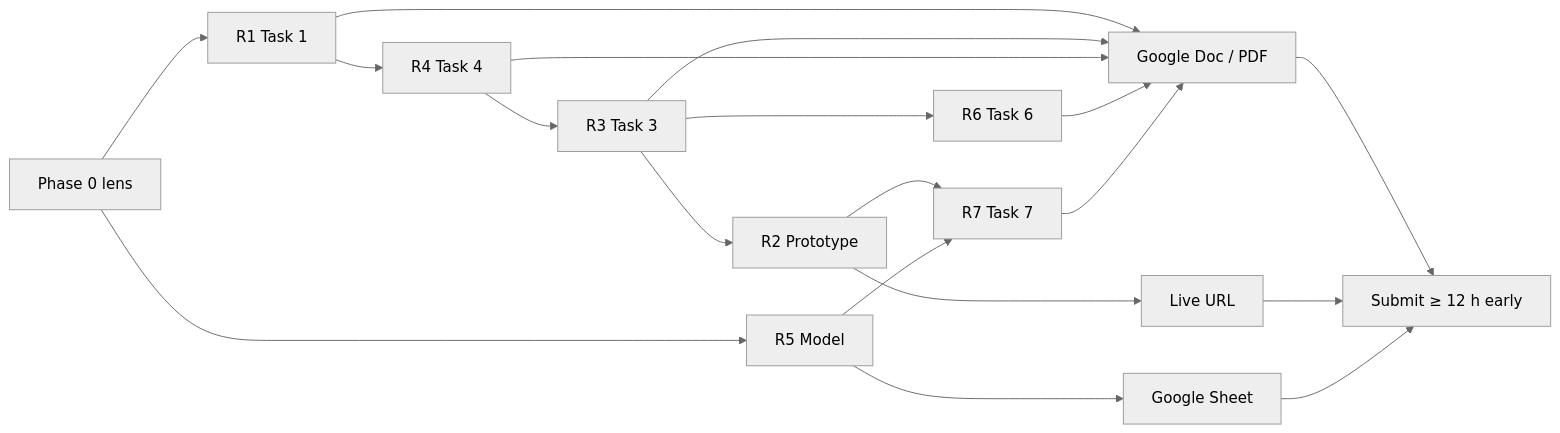
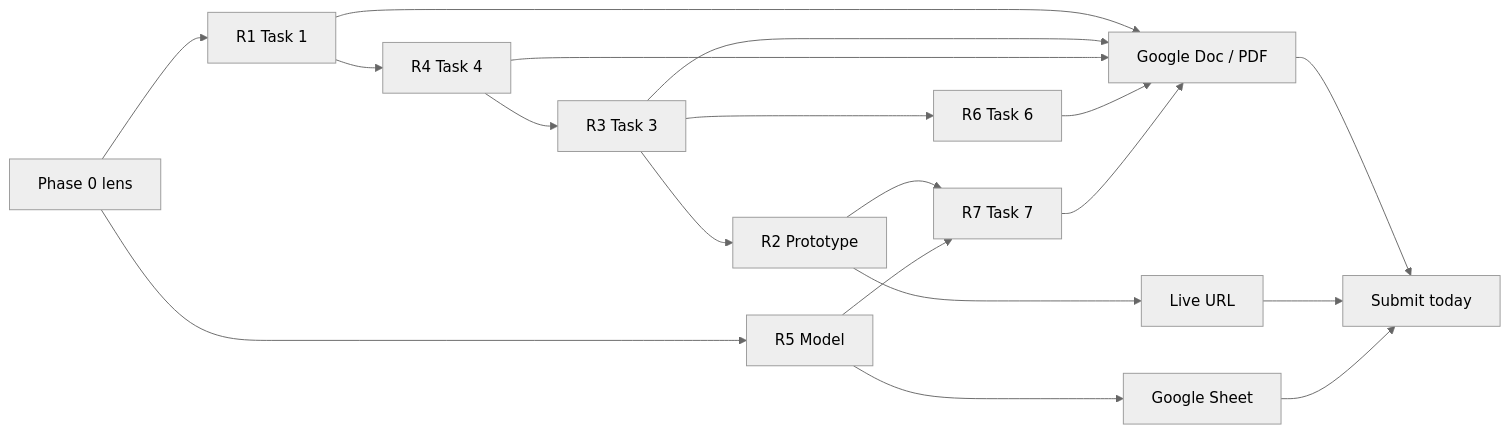
One commit to bhawnamanglapm/Franchise-in-a-Box-OS changed the seventh of 8 diagrams in docs/architecture.md. Above: the diagram before and after it, drawn with Mermaid (neutral theme). The commit also changed other lines of this file and 14 other files, not shown here.

````diff
--- a/docs/architecture.md
+++ b/docs/architecture.md
@@ -228,21 +228,21 @@
 ```mermaid
 flowchart LR
   L["Phase 0 lens"] --> R1["R1 Task 1"]
   R1 --> R4["R4 Task 4"]
   R4 --> R3["R3 Task 3"]
   R3 --> R2["R2 Prototype"]
   L --> R5["R5 Model"]
   R3 --> R6["R6 Task 6"]
   R2 --> R7["R7 Task 7"]
   R5 --> R7
   R1 --> DOC["Google Doc / PDF"]
   R3 --> DOC
   R4 --> DOC
   R6 --> DOC
   R7 --> DOC
   R2 --> URL["Live URL"]
   R5 --> SHEET["Google Sheet"]
-  DOC --> SUB["Submit ≥ 12 h early"]
+  DOC --> SUB["Submit today"]
   URL --> SUB
   SHEET --> SUB
 ```
````
